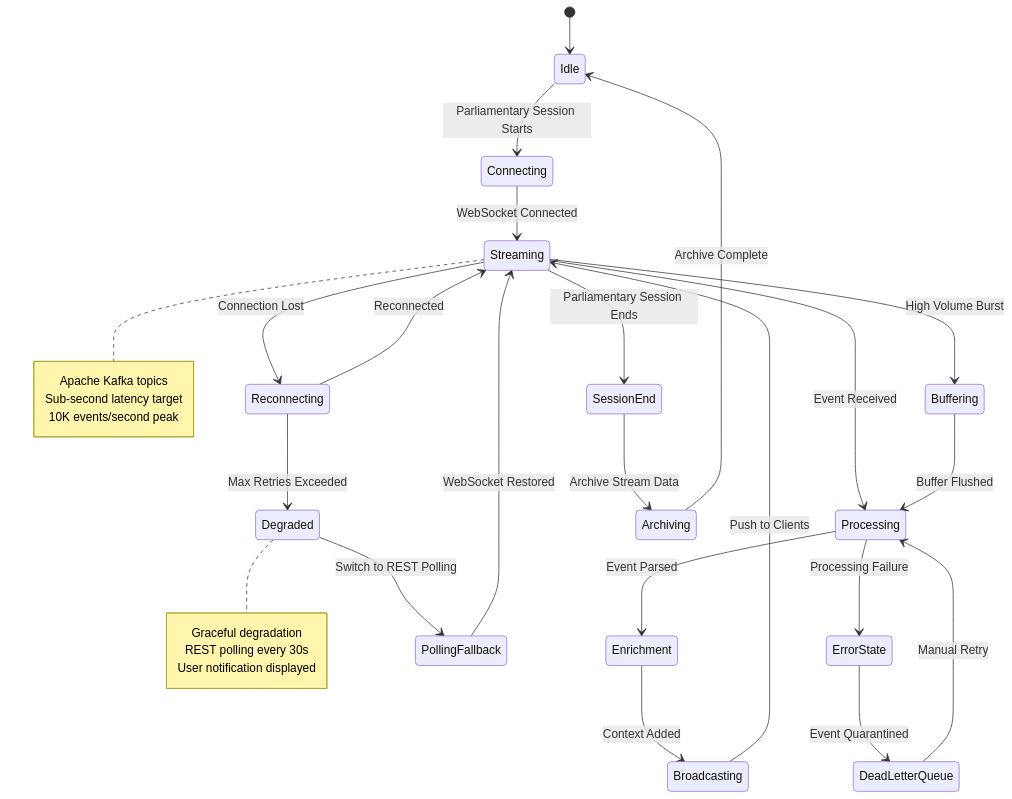
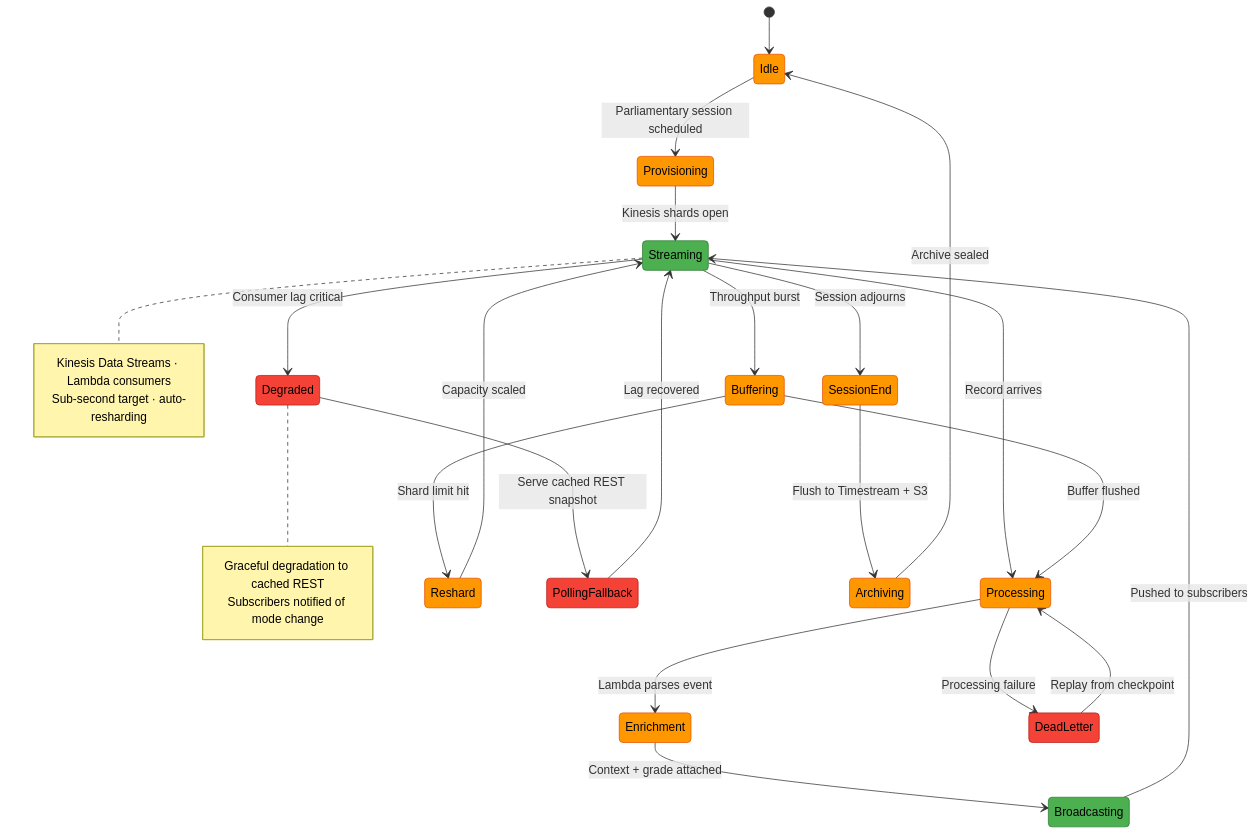
Before and after one commit to Hack23/riksdagsmonitor: the tenth of 18 diagrams in FUTURE_STATEDIAGRAM.md, drawn with Mermaid. The commit also changed other lines of this file and 5 other files, not shown here.

Commit message:
Rewrite FUTURE_DATA_MODEL.md as three-horizon data architecture (v3.0)

````diff
--- a/FUTURE_STATEDIAGRAM.md
+++ b/FUTURE_STATEDIAGRAM.md
@@ -150,43 +555,45 @@
 ```mermaid
 stateDiagram-v2
     [*] --> Idle
 
-    Idle --> Connecting: Parliamentary Session Starts
-    Connecting --> Streaming: WebSocket Connected
+    Idle --> Provisioning: Parliamentary session scheduled
+    Provisioning --> Streaming: Kinesis shards open
 
-    Streaming --> Processing: Event Received
-    Processing --> Enrichment: Event Parsed
+    Streaming --> Processing: Record arrives
+    Processing --> Enrichment: Lambda parses event
+    Enrichment --> Broadcasting: Context + grade attached
+    Broadcasting --> Streaming: Pushed to subscribers
 
-    Enrichment --> Broadcasting: Context Added
-    Broadcasting --> Streaming: Push to Clients
+    Streaming --> Buffering: Throughput burst
+    Buffering --> Reshard: Shard limit hit
+    Reshard --> Streaming: Capacity scaled
+    Buffering --> Processing: Buffer flushed
 
-    Streaming --> Buffering: High Volume Burst
-    Buffering --> Processing: Buffer Flushed
+    Processing --> DeadLetter: Processing failure
+    DeadLetter --> Processing: Replay from checkpoint
 
-    Streaming --> Reconnecting: Connection Lost
-    Reconnecting --> Streaming: Reconnected
-    Reconnecting --> Degraded: Max Retries Exceeded
+    Streaming --> Degraded: Consumer lag critical
+    Degraded --> PollingFallback: Serve cached REST snapshot
+    PollingFallback --> Streaming: Lag recovered
 
-    Degraded --> PollingFallback: Switch to REST Polling
-    PollingFallback --> Streaming: WebSocket Restored
-
-    Streaming --> SessionEnd: Parliamentary Session Ends
-    SessionEnd --> Archiving: Archive Stream Data
-    Archiving --> Idle: Archive Complete
-
-    Processing --> ErrorState: Processing Failure
-    ErrorState --> DeadLetterQueue: Event Quarantined
-    DeadLetterQueue --> Processing: Manual Retry
+    Streaming --> SessionEnd: Session adjourns
+    SessionEnd --> Archiving: Flush to Timestream + S3
+    Archiving --> Idle: Archive sealed
 
     note right of Streaming
-        Apache Kafka topics
-        Sub-second latency target
-        10K events/second peak
+        Kinesis Data Streams · Lambda consumers
+        Sub-second target · auto-resharding
     end note
 
     note right of Degraded
-        Graceful degradation
-        REST polling every 30s
-        User notification displayed
+        Graceful degradation to cached REST
+        Subscribers notified of mode change
     end note
+
+    classDef ok fill:#4caf50,stroke:#2e7d32,color:#000000
+    classDef warn fill:#ff9800,stroke:#e65100,color:#000000
+    classDef err fill:#f44336,stroke:#b71c1c,color:#000000
+    class Streaming,Broadcasting ok
+    class Idle,Provisioning,Processing,Enrichment,Buffering,Reshard,SessionEnd,Archiving warn
+    class DeadLetter,Degraded,PollingFallback err
 ```
````
